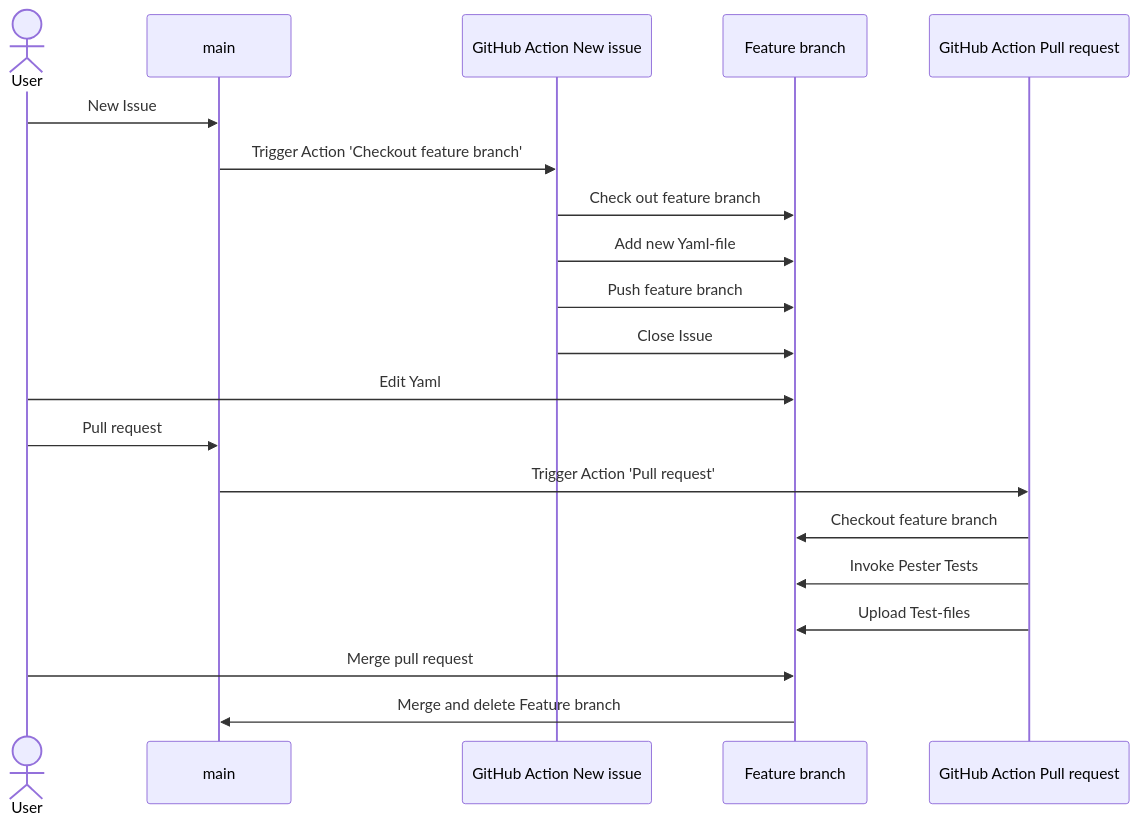
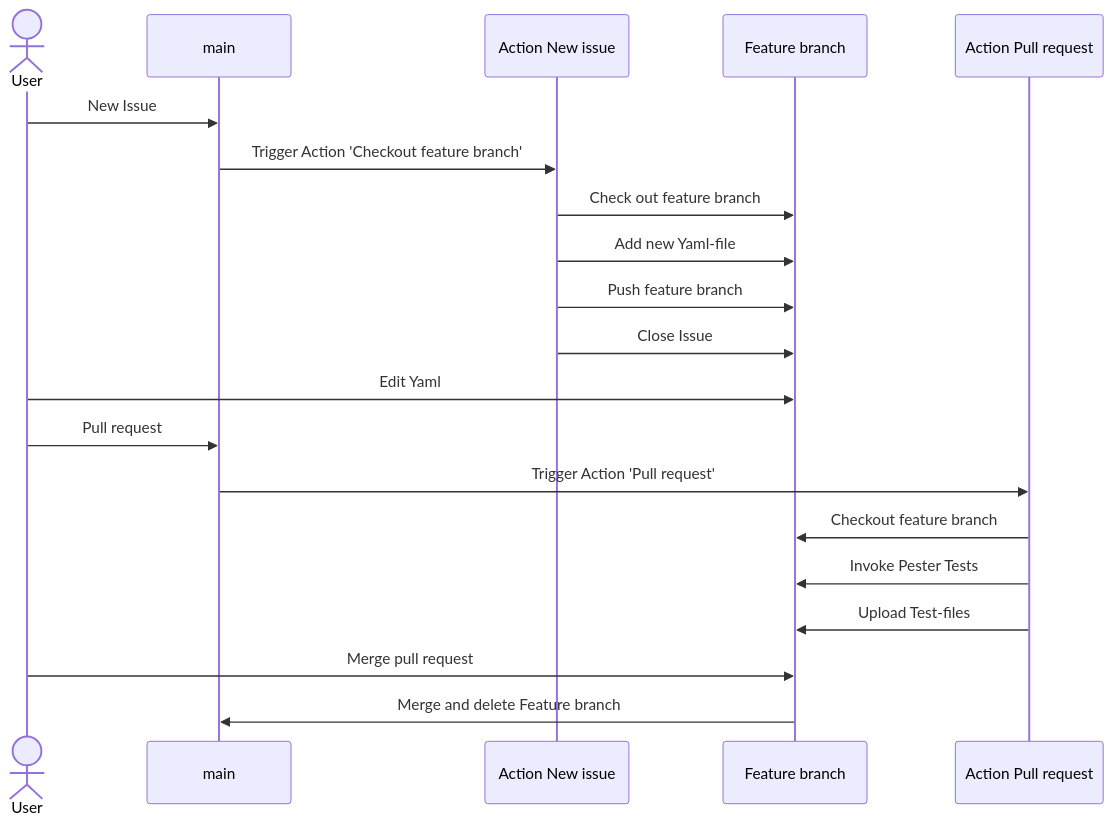
Before and after one commit to tinuwalther/actionstest: the diagram in README.md, drawn with Mermaid.

`````diff
--- a/README.md
+++ b/README.md
@@ -9,18 +9,18 @@
 ````mermaid
 sequenceDiagram
     actor User
     User->>main: New Issue
-    main->>GitHub Action New issue: Trigger Action 'Checkout feature branch'
-    GitHub Action New issue->>Feature branch: Check out feature branch
-    GitHub Action New issue->>Feature branch: Add new Yaml-file
-    GitHub Action New issue->>Feature branch: Push feature branch
-    GitHub Action New issue->>Feature branch: Close Issue
+    main->>Action New issue: Trigger Action 'Checkout feature branch'
+    Action New issue->>Feature branch: Check out feature branch
+    Action New issue->>Feature branch: Add new Yaml-file
+    Action New issue->>Feature branch: Push feature branch
+    Action New issue->>Feature branch: Close Issue
     User->>Feature branch: Edit Yaml
     User->>main: Pull request
-    main->>GitHub Action Pull request: Trigger Action 'Pull request'
-    GitHub Action Pull request->>Feature branch: Checkout feature branch
-    GitHub Action Pull request->>Feature branch: Invoke Pester Tests
-    GitHub Action Pull request->>Feature branch: Upload Test-files
+    main->>Action Pull request: Trigger Action 'Pull request'
+    Action Pull request->>Feature branch: Checkout feature branch
+    Action Pull request->>Feature branch: Invoke Pester Tests
+    Action Pull request->>Feature branch: Upload Test-files
     User->>Feature branch: Merge pull request
     Feature branch->>main: Merge and delete Feature branch
 ````
`````
